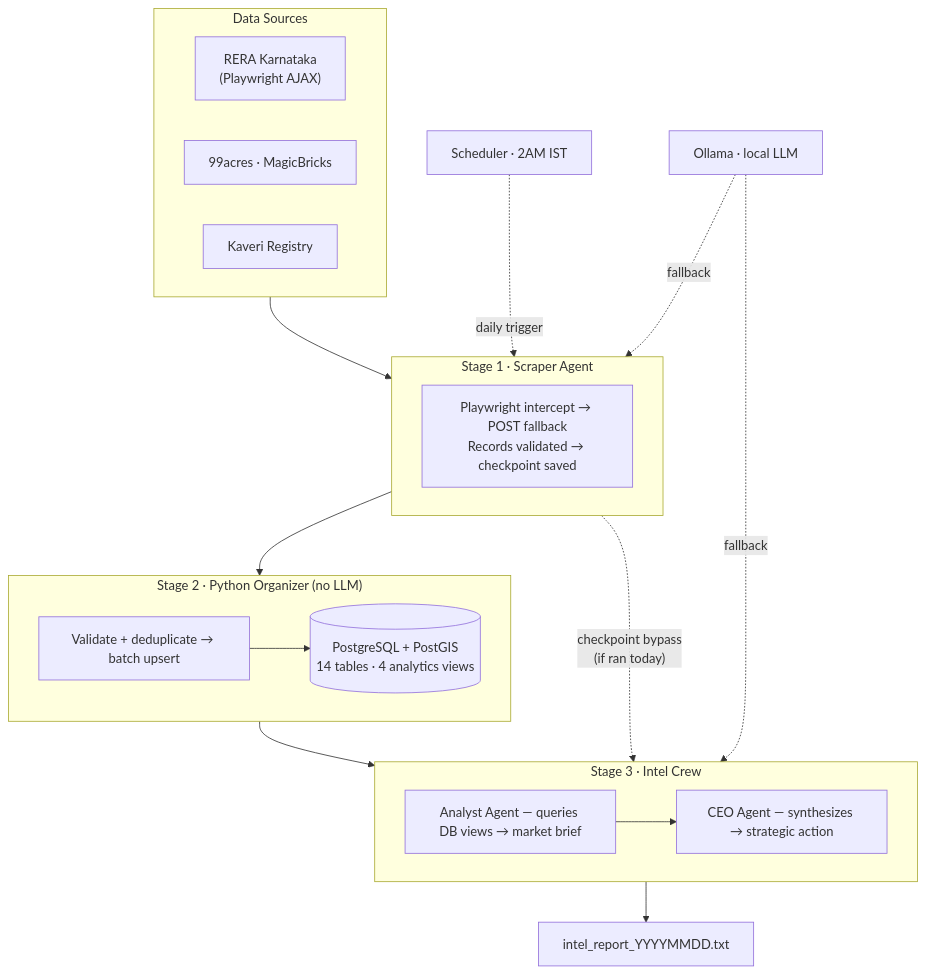
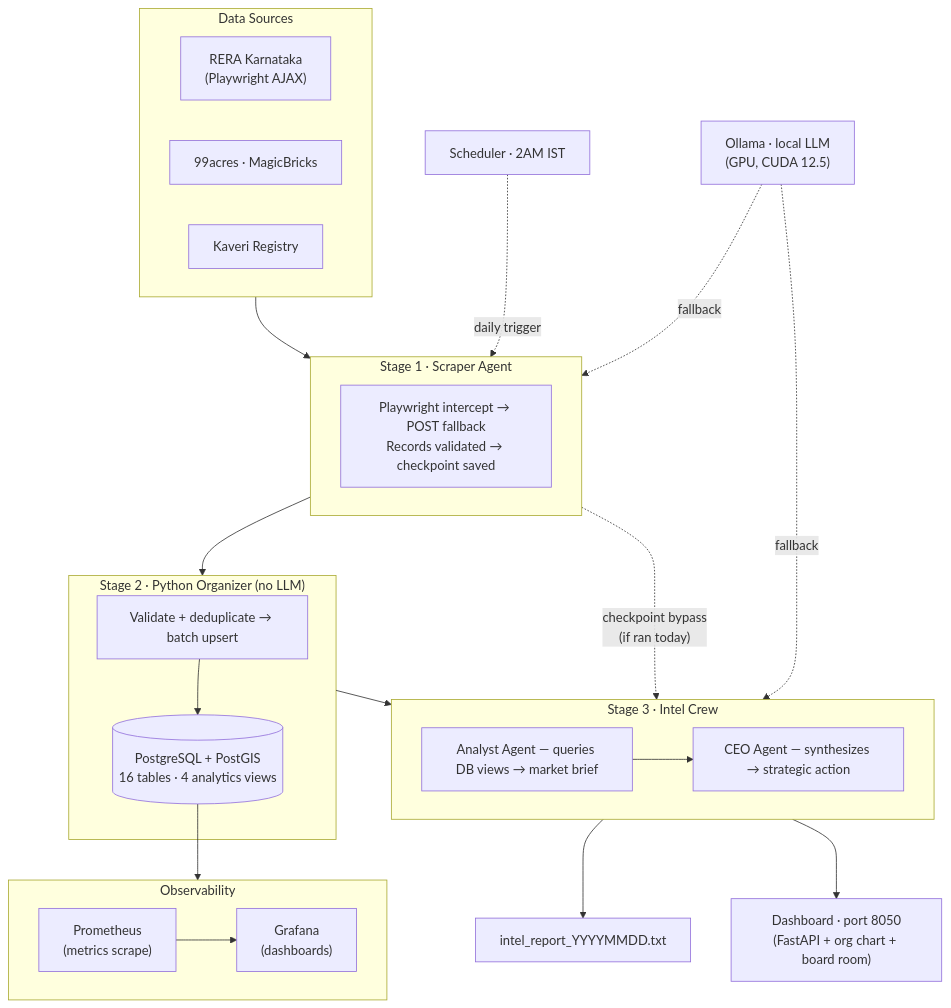
One commit to jinujon007/RE_OS changed the diagram in README.md. Above: the diagram before and after it, drawn with Mermaid. The commit also changed other lines of this file and 10 other files, not shown here.

````diff
--- a/README.md
+++ b/README.md
@@ -96,35 +105,44 @@
 ```mermaid
 flowchart TB
     subgraph Sources["Data Sources"]
         RERA["RERA Karnataka\n(Playwright AJAX)"]
         PORT["99acres · MagicBricks"]
         KAV["Kaveri Registry"]
     end
 
     subgraph Stage1["Stage 1 · Scraper Agent"]
         SCR["Playwright intercept → POST fallback\nRecords validated → checkpoint saved"]
     end
 
     subgraph Stage2["Stage 2 · Python Organizer  (no LLM)"]
         ORG["Validate + deduplicate → batch upsert"]
-        DB[("PostgreSQL + PostGIS\n14 tables · 4 analytics views")]
+        DB[("PostgreSQL + PostGIS\n16 tables · 4 analytics views")]
         ORG --> DB
     end
 
     subgraph Stage3["Stage 3 · Intel Crew"]
         ANA["Analyst Agent — queries DB views → market brief"]
         CEO["CEO Agent — synthesizes → strategic action"]
         ANA --> CEO
     end
 
+    subgraph Observability["Observability"]
+        PROM["Prometheus\n(metrics scrape)"]
+        GRAF["Grafana\n(dashboards)"]
+        PROM --> GRAF
+    end
+
     OUT["intel_report_YYYYMMDD.txt"]
+    DASH["Dashboard · port 8050\n(FastAPI + org chart + board room)"]
 
     Sources --> Stage1
     Stage1 --> Stage2
     Stage2 --> Stage3
     Stage3 --> OUT
+    Stage3 --> DASH
+    DB --> Observability
 
     SCHED["Scheduler · 2AM IST"] -. daily trigger .-> Stage1
     Stage1 -. "checkpoint bypass\n(if ran today)" .-> Stage3
-    OLLAMA["Ollama · local LLM"] -. fallback .-> Stage1 & Stage3
+    OLLAMA["Ollama · local LLM\n(GPU, CUDA 12.5)"] -. fallback .-> Stage1 & Stage3
 ```
````
